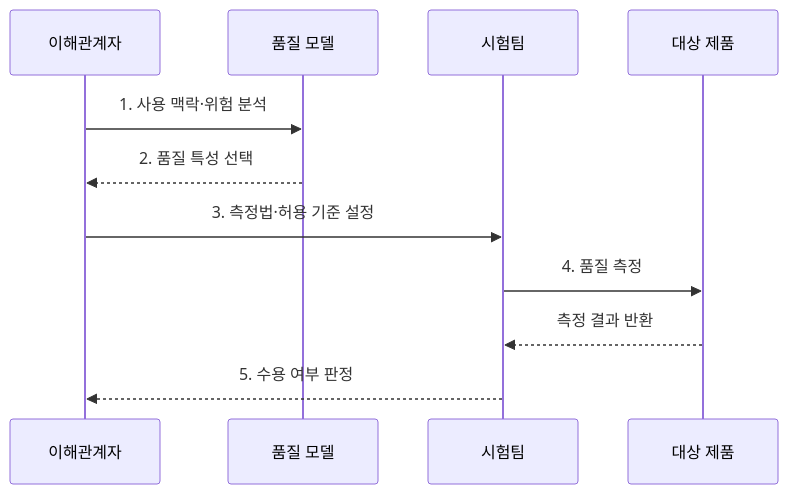
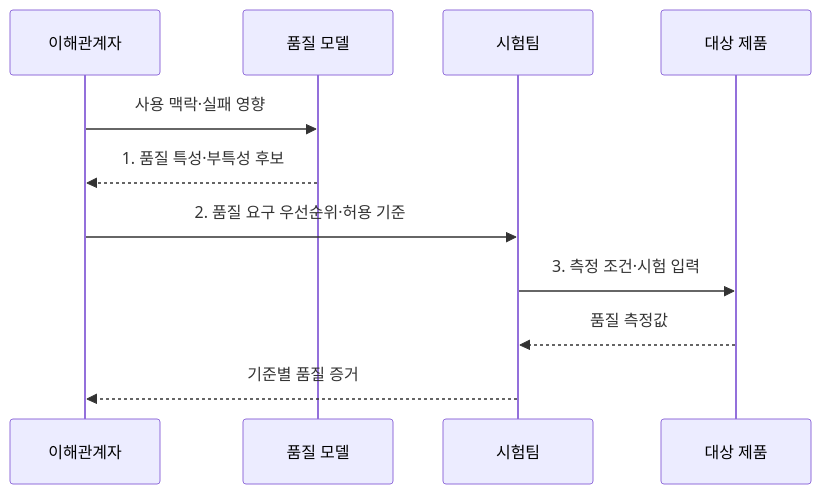
One commit to agnusdei1207/knowledge-base changed the second of 2 diagrams in src/content/docs/notes/03-software/069_software_quality_iso_25010.md. Above: the diagram before and after it, drawn with Mermaid. The commit also changed other lines of this file and 20 other files, not shown here.

````diff
--- a/src/content/docs/notes/03-software/069_software_quality_iso_25010.md
+++ b/src/content/docs/notes/03-software/069_software_quality_iso_25010.md
@@ -79,13 +104,13 @@
 ```mermaid
 sequenceDiagram
     participant S as 이해관계자
     participant Q as 품질 모델
     participant T as 시험팀
     participant P as 대상 제품
-    S->>Q: 1. 사용 맥락·위험 분석
-    Q-->>S: 2. 품질 특성 선택
-    S->>T: 3. 측정법·허용 기준 설정
-    T->>P: 4. 품질 측정
-    P-->>T: 측정 결과 반환
-    T-->>S: 5. 수용 여부 판정
+    S->>Q: 사용 맥락·실패 영향
+    Q-->>S: 1. 품질 특성·부특성 후보
+    S->>T: 2. 품질 요구 우선순위·허용 기준
+    T->>P: 3. 측정 조건·시험 입력
+    P-->>T: 품질 측정값
+    T-->>S: 기준별 품질 증거
 ```
````
